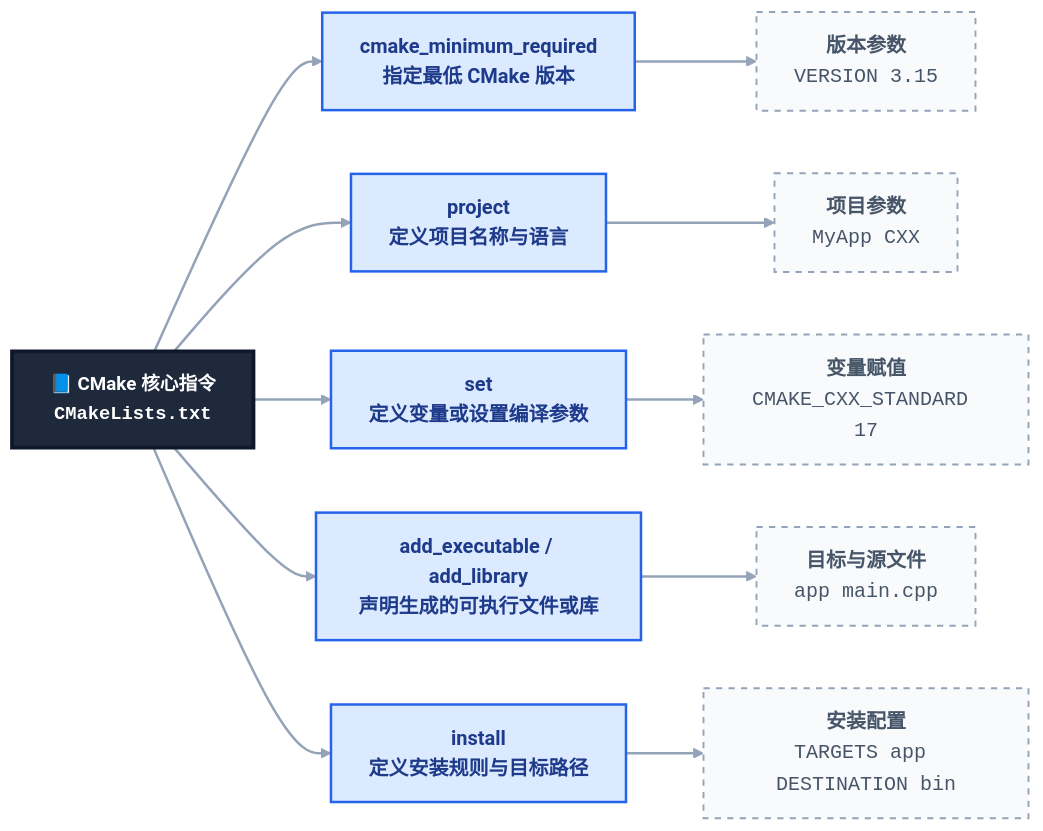
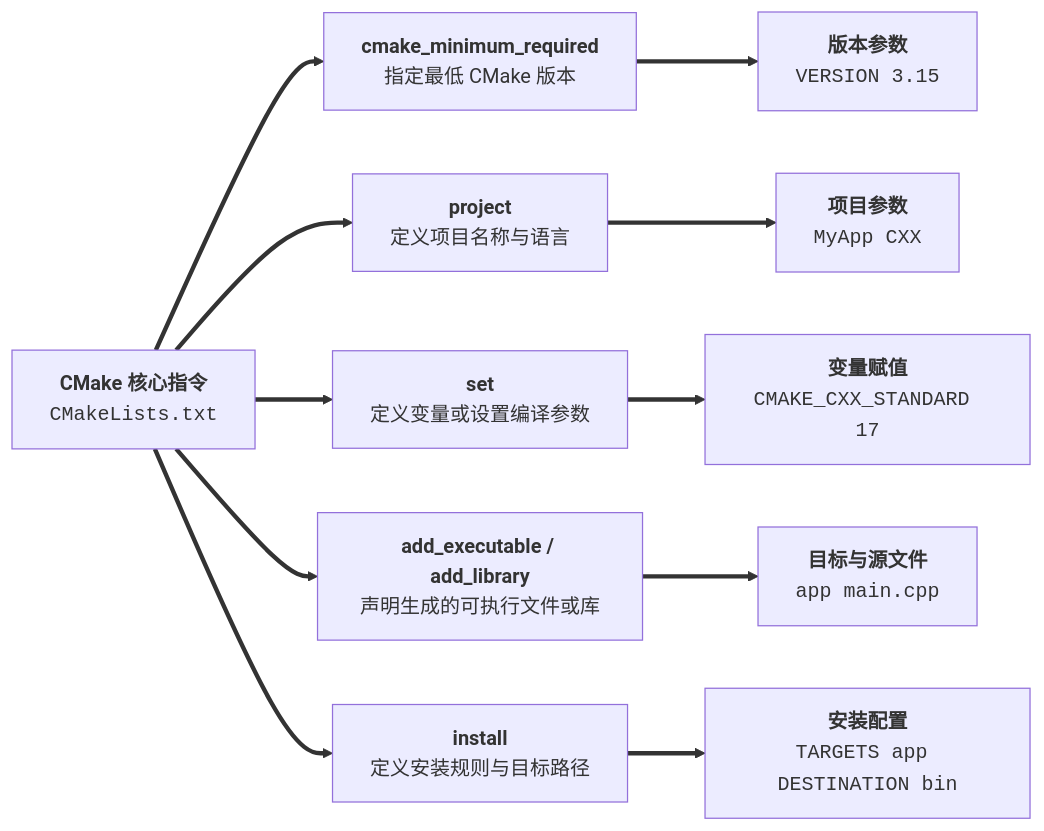
One commit to dmjcb/dmjcb.github.io changed the second of 16 diagrams in _posts/c_c++/build_tool/cmake/2024-10-22-cmake使用.md. Above: the diagram before and after it, drawn with Mermaid. The commit also changed other lines of this file and 16 other files, not shown here.

````diff
--- a/_posts/c_c++/build_tool/cmake/2024-10-22-cmake使用.md
+++ b/_posts/c_c++/build_tool/cmake/2024-10-22-cmake使用.md
@@ -134,52 +124,43 @@
 ```mermaid
 flowchart LR
-    %% 样式定义 (延续前文语义化配色体系)
-    classDef rootBox fill:#1e293b,stroke:#0f172a,stroke-width:3px,color:#ffffff,font-weight:bold,font-size:15px;
-    classDef cmdBox fill:#dbeafe,stroke:#2563eb,stroke-width:2px,color:#1e3a8a,font-weight:bold;
-    classDef paramBox fill:#f8fafc,stroke:#94a3b8,stroke-width:1.5px,color:#475569,stroke-dasharray: 5 5;
-
     %% ================= 节点定义 =================
     
     %% 起点：核心语法
-    X["📘 <b>CMake 核心指令</b><br><code>CMakeLists.txt</code>"]:::rootBox
+    X["<b>CMake 核心指令</b><br><code>CMakeLists.txt</code>"]:::rootBox
 
     %% 分支 1：版本要求
     A["<b>cmake_minimum_required</b><br>指定最低 CMake 版本"]:::cmdBox
     A1["<b>版本参数</b><br><code>VERSION 3.15</code>"]:::paramBox
 
     %% 分支 2：项目定义
     B["<b>project</b><br>定义项目名称与语言"]:::cmdBox
     B1["<b>项目参数</b><br><code>MyApp CXX</code>"]:::paramBox
 
     %% 分支 3：变量设置
     C["<b>set</b><br>定义变量或设置编译参数"]:::cmdBox
     C1["<b>变量赋值</b><br><code>CMAKE_CXX_STANDARD 17</code>"]:::paramBox
 
     %% 分支 4：目标声明
     D["<b>add_executable / add_library</b><br>声明生成的可执行文件或库"]:::cmdBox
     D1["<b>目标与源文件</b><br><code>app main.cpp</code>"]:::paramBox
 
     %% 分支 5：安装规则
     E["<b>install</b><br>定义安装规则与目标路径"]:::cmdBox
     E1["<b>安装配置</b><br><code>TARGETS app DESTINATION bin</code>"]:::paramBox
 
     %% ================= 连线与布局 =================
     
     %% 主发散连线
     X ==> A
     X ==> B
     X ==> C
     X ==> D
     X ==> E
 
     %% 参数解释连线
     A ==> A1
     B ==> B1
     C ==> C1
     D ==> D1
     E ==> E1
-
-    %% 连线样式统一 (浅灰细线)
-    linkStyle default stroke:#94a3b8,stroke-width:2px;
-
 ```
````
